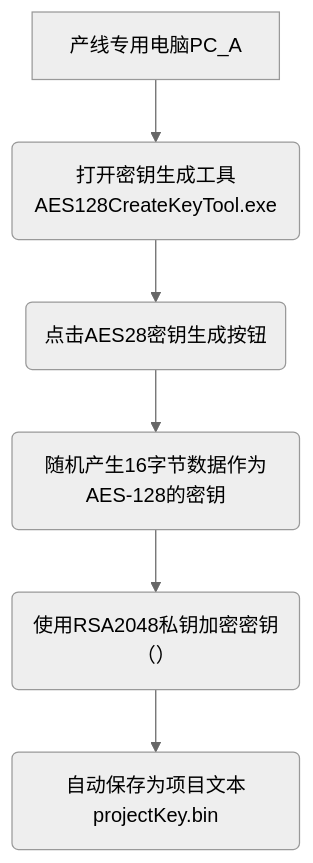
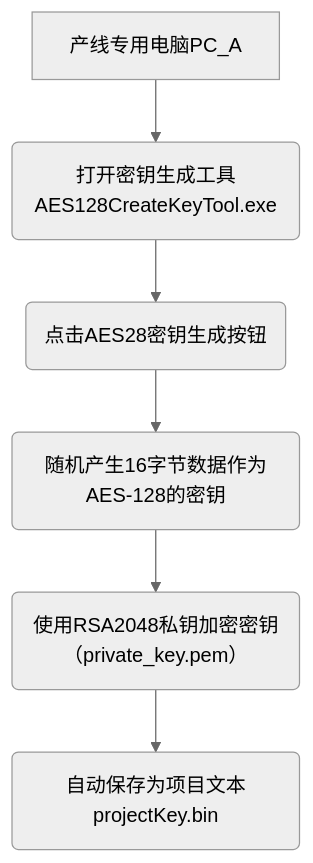
The diagram in all/未命名-9.md (facebook-cloud/iodraw-files), drawn with Mermaid (neutral theme) before and after one commit.

Commit message:
2026-01-06 20:37:54 update

````diff
--- a/all/未命名-9.md
+++ b/all/未命名-9.md
@@ -1,9 +1,9 @@
 ```mermaid
 graph TD
     A[产线专用电脑PC_A] --> B(打开密钥生成工具AES128CreateKeyTool.exe)
     B --> C(点击AES28密钥生成按钮)
     C --> D(随机产生16字节数据作为AES-128的密钥)
-    D --> E(使用RSA2048私钥加密密钥（）)
+    D --> E(使用RSA2048私钥加密密钥（private_key.pem）)
     E --> F(自动保存为项目文本projectKey.bin)
 
 ```
````
